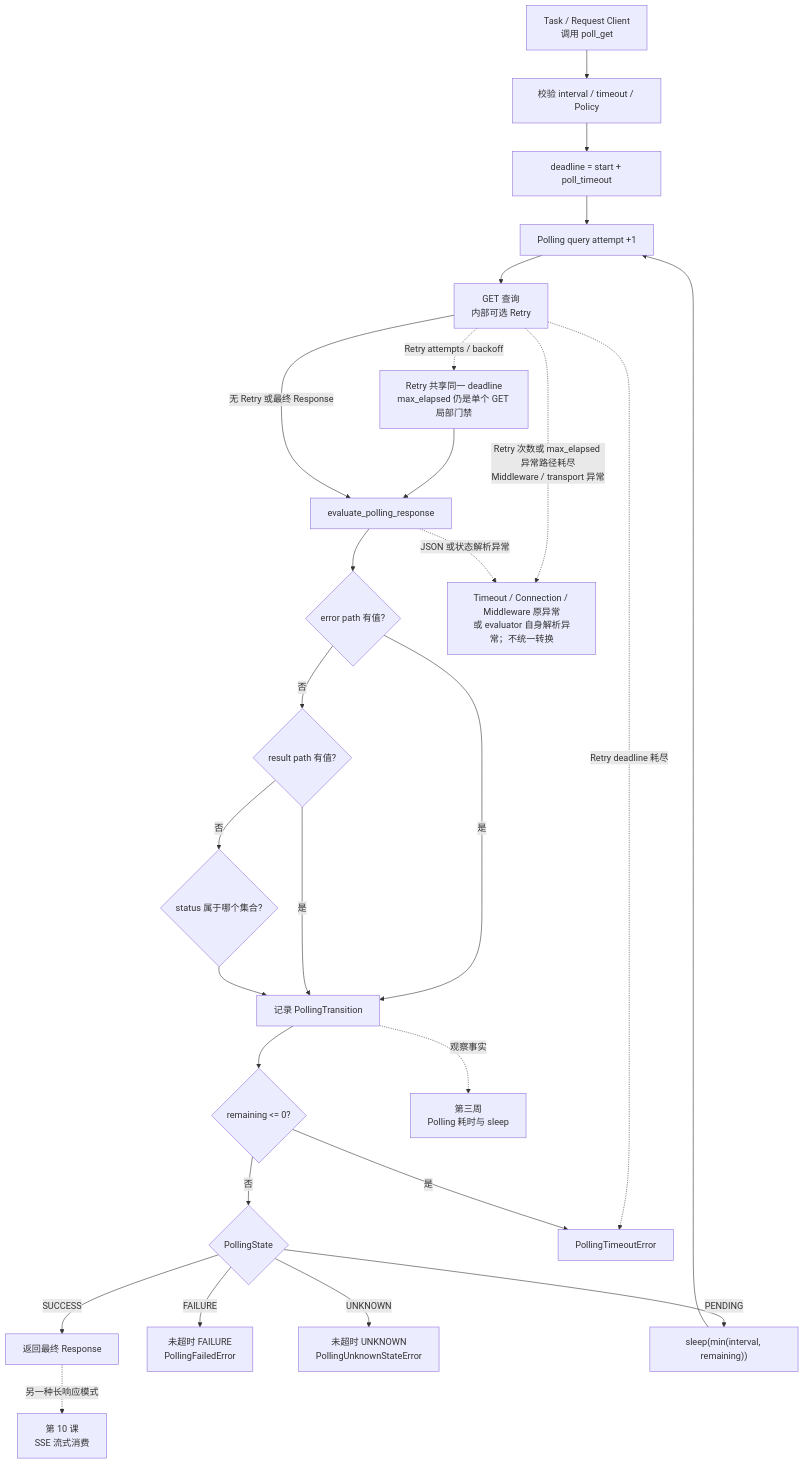
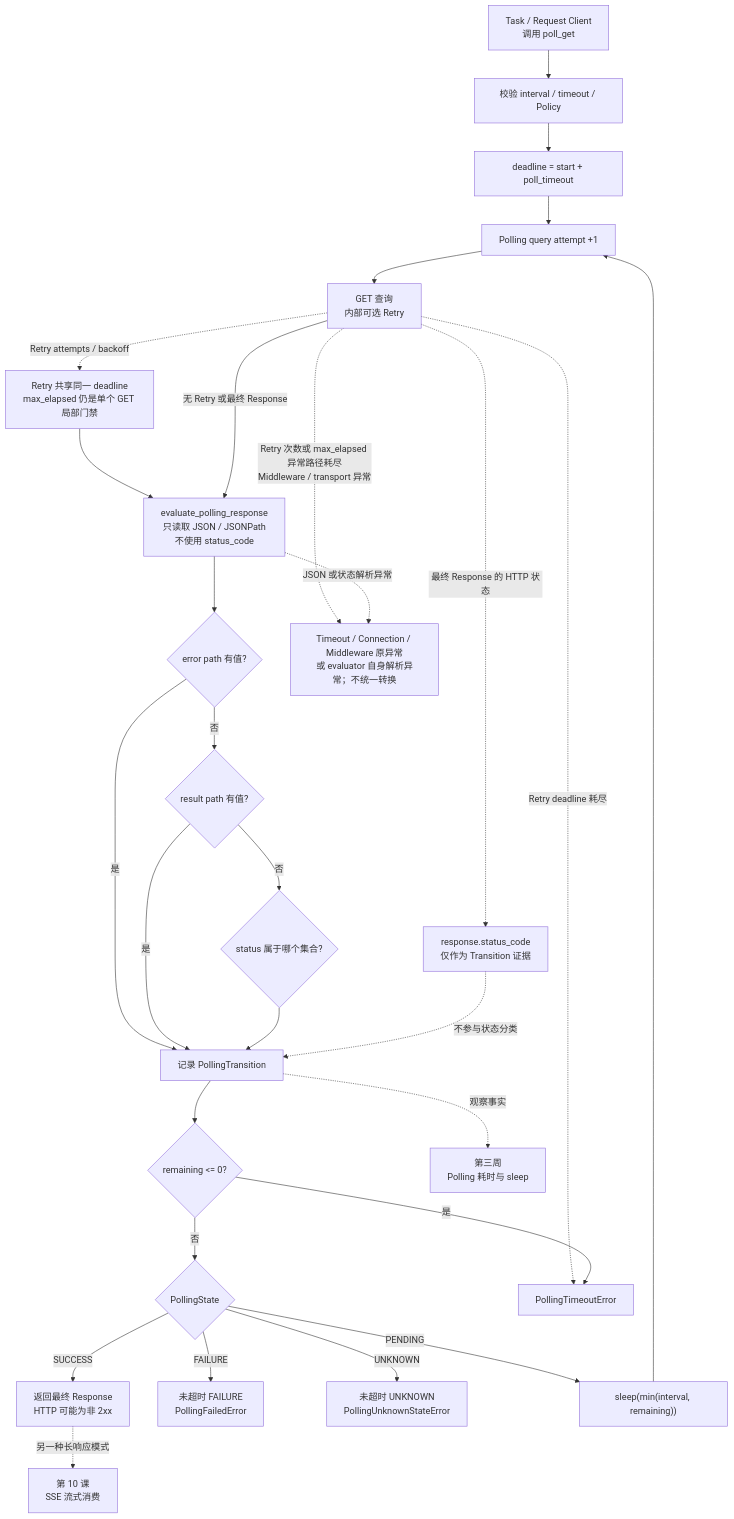
One commit to wjy801/llm_api_case changed the diagram in course/第09课-Polling是有终点的查询循环.md. Above: the diagram before and after it, drawn with Mermaid. The commit also changed other lines of this file and 3 other files, not shown here.

````diff
--- a/course/第09课-Polling是有终点的查询循环.md
+++ b/course/第09课-Polling是有终点的查询循环.md
@@ -586,47 +638,50 @@
 ```mermaid
 flowchart TD
     CALL["Task / Request Client<br/>调用 poll_get"]
     VALIDATE["校验 interval / timeout / Policy"]
     DEADLINE["deadline = start + poll_timeout"]
     LOOP["Polling query attempt +1"]
     GET["GET 查询<br/>内部可选 Retry"]
     RDEAD["Retry 共享同一 deadline<br/>max_elapsed 仍是单个 GET 局部门禁"]
-    EVAL["evaluate_polling_response"]
+    EVAL["evaluate_polling_response<br/>只读取 JSON / JSONPath<br/>不使用 status_code"]
+    HSTATUS["response.status_code<br/>仅作为 Transition 证据"]
     ERROR{"error path 有值?"}
     RESULT{"result path 有值?"}
     STATUS{"status 属于哪个集合?"}
     TRANS["记录 PollingTransition"]
     TIME{"remaining <= 0?"}
     STATE{"PollingState"}
-    SUCCESS["返回最终 Response"]
+    SUCCESS["返回最终 Response<br/>HTTP 可能为非 2xx"]
     FAILURE["未超时 FAILURE<br/>PollingFailedError"]
     UNKNOWN["未超时 UNKNOWN<br/>PollingUnknownStateError"]
     TIMEOUT["PollingTimeoutError"]
     RAWERR["Timeout / Connection / Middleware 原异常<br/>或 evaluator 自身解析异常；不统一转换"]
     SLEEP["sleep(min(interval, remaining))"]
 
     CALL --> VALIDATE --> DEADLINE --> LOOP --> GET
     GET -. "Retry attempts / backoff" .-> RDEAD
     RDEAD --> EVAL
     GET -->|"无 Retry 或最终 Response"| EVAL
+    GET -. "最终 Response 的 HTTP 状态" .-> HSTATUS
     GET -. "Retry deadline 耗尽" .-> TIMEOUT
     GET -. "Retry 次数或 max_elapsed 异常路径耗尽<br/>Middleware / transport 异常" .-> RAWERR
     EVAL --> ERROR
     EVAL -. "JSON 或状态解析异常" .-> RAWERR
     ERROR -->|"是"| TRANS
     ERROR -->|"否"| RESULT
     RESULT -->|"是"| TRANS
     RESULT -->|"否"| STATUS --> TRANS
+    HSTATUS -. "不参与状态分类" .-> TRANS
     TRANS --> TIME
     TIME -->|"是"| TIMEOUT
     TIME -->|"否"| STATE
     STATE -->|"SUCCESS"| SUCCESS
     STATE -->|"FAILURE"| FAILURE
     STATE -->|"UNKNOWN"| UNKNOWN
     STATE -->|"PENDING"| SLEEP --> LOOP
 
     SSE["第 10 课<br/>SSE 流式消费"]
     METRICS["第三周<br/>Polling 耗时与 sleep"]
     TRANS -. "观察事实" .-> METRICS
     SUCCESS -. "另一种长响应模式" .-> SSE
 ```
````
